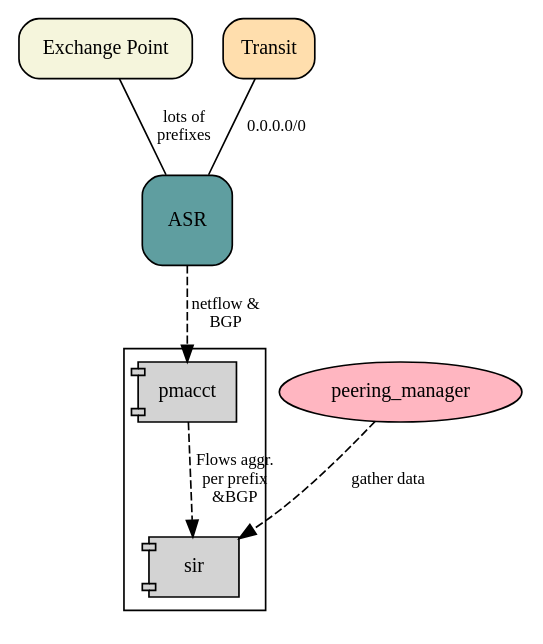
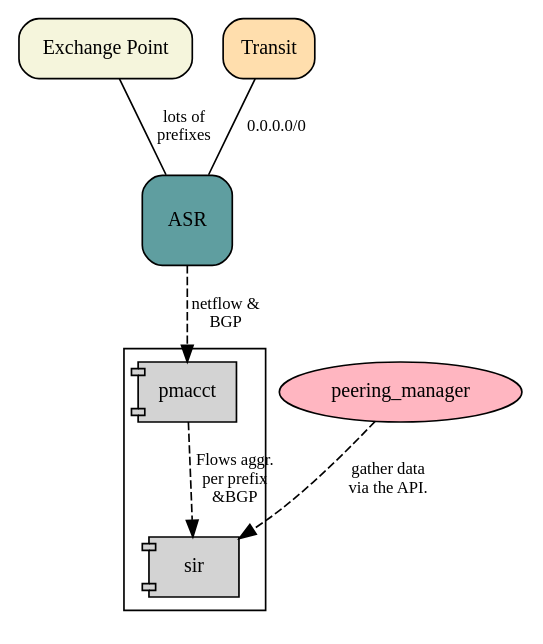
The diagram in docs/img/how_to_asr_scenario.dot (dbarrosop/sir), drawn with Graphviz before and after one commit. The commit also changed 2 other files, not shown here.

```diff
--- a/docs/img/how_to_asr_scenario.dot
+++ b/docs/img/how_to_asr_scenario.dot
@@ -1,30 +1,30 @@
 digraph SIR {
     graph [truecolor=True, bgcolor="#ffffff5f"]
     node [shape="box", style="rounded,filled", fontname="Source Code Pro", fontsize=12]
     edge [fontname="Source Code Pro", fontsize=10, style=dashed]
 
     subgraph network {
       IXP[label="Exchange Point", fillcolor="#F5F5DC"];
       Transit[fillcolor="#FFDEAD"];
       ASR[label="ASR", fillcolor="#5F9EA0", height=0.75, width=0.75];
 
       Transit -> ASR[label="0.0.0.0/0", dir=none, style=solid];
       IXP -> ASR[label="lots of\nprefixes", dir=none, style=solid];
     }
 
     subgraph cluster_1 {
       node [shape="component"]
       pmacct;
       sir;
     }
     ASR -> pmacct[label="netflow &\nBGP"]
     pmacct -> sir[label="Flows aggr.\nper prefix\n&BGP"]
 
     subgraph external {
       node [shape="ellipse"];
       peering_manager[fillcolor="#FFB6C1"];
 
-      peering_manager -> sir[label="gather data"];
+      peering_manager -> sir[label="gather data\nvia the API."];
     }
 
 }
```
